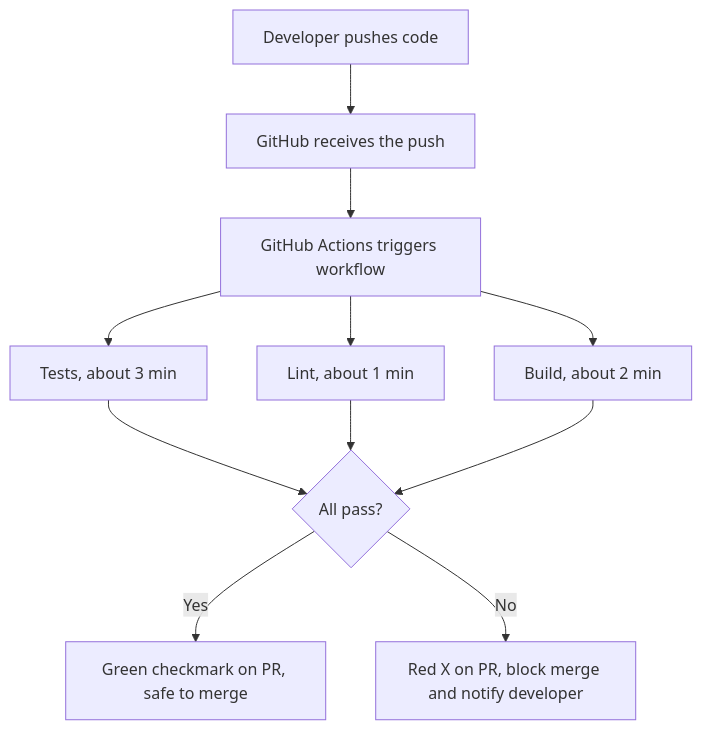
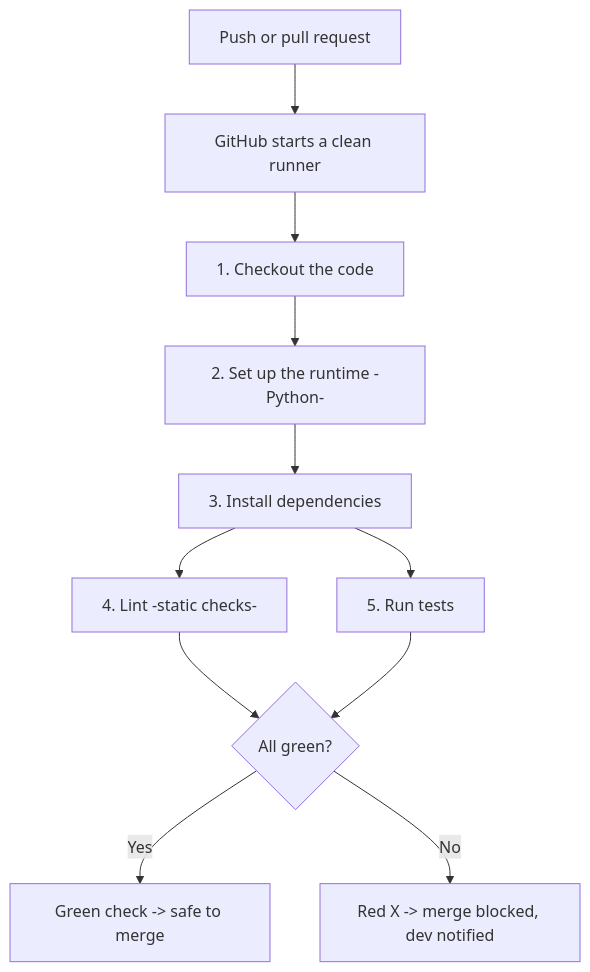
Before and after one commit to siva9800/learn-cicd: the first of 3 diagrams in day2-continuous-integration/notes.md, drawn with Mermaid. The commit also changed other lines of this file, not shown here.

````diff
--- a/day2-continuous-integration/notes.md
+++ b/day2-continuous-integration/notes.md
@@ -37,13 +66,13 @@
 ```mermaid
 flowchart TD
-    A[Developer pushes code] --> B[GitHub receives the push]
-    B --> C[GitHub Actions triggers workflow]
-    C --> D[Tests, about 3 min]
-    C --> E[Lint, about 1 min]
-    C --> F[Build, about 2 min]
-    D --> G{All pass?}
-    E --> G
-    F --> G
-    G -->|Yes| H[Green checkmark on PR, safe to merge]
-    G -->|No| I[Red X on PR, block merge and notify developer]
+    P[Push or pull request] --> R[GitHub starts a clean runner]
+    R --> C[1. Checkout the code]
+    C --> S[2. Set up the runtime -Python-]
+    S --> I[3. Install dependencies]
+    I --> L[4. Lint -static checks-]
+    I --> T[5. Run tests]
+    L --> G{All green?}
+    T --> G
+    G -->|Yes| OK[Green check -> safe to merge]
+    G -->|No| X[Red X -> merge blocked, dev notified]
 ```
````
